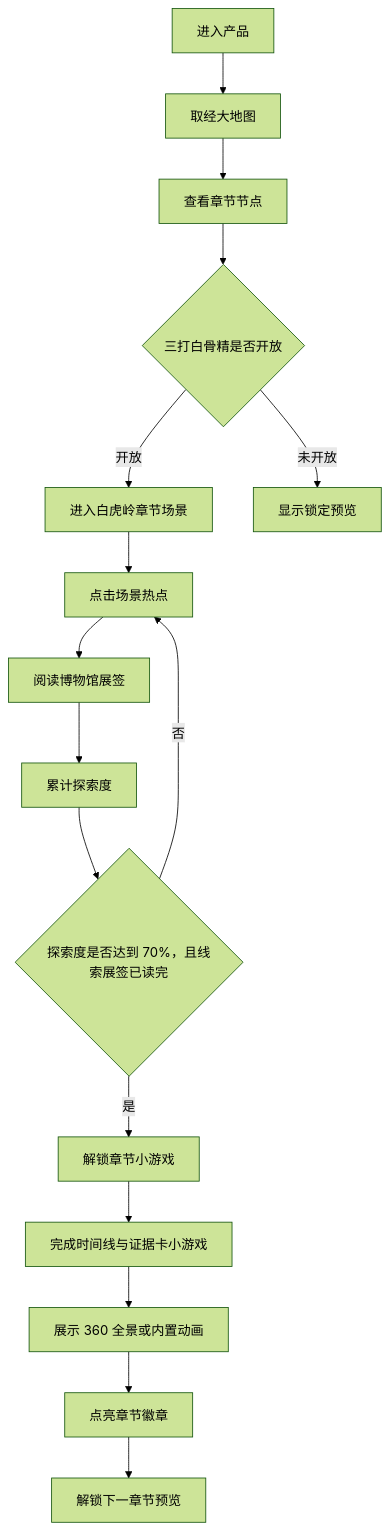
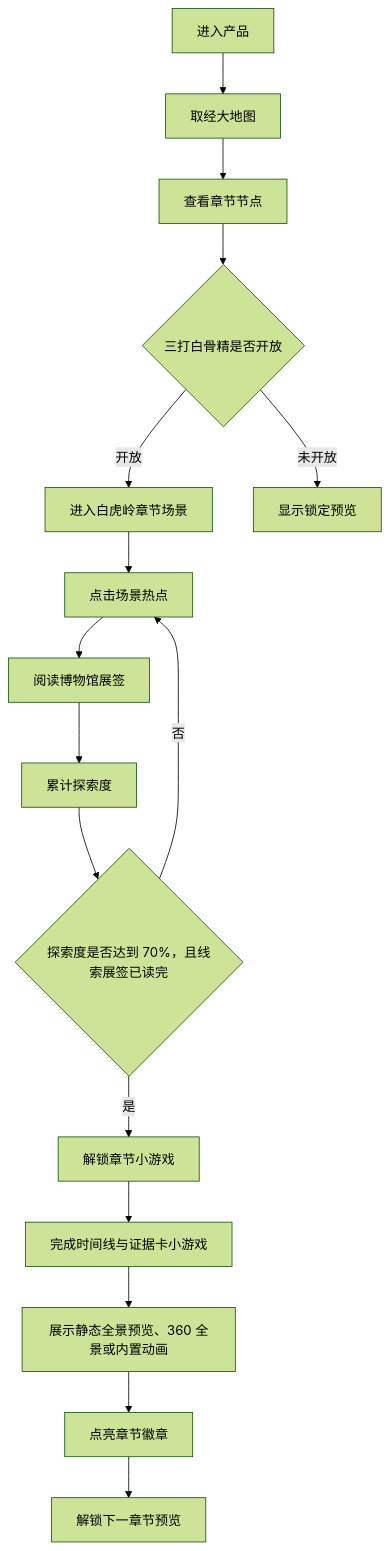
Before and after one commit to powerycy/xiyouji-interactive-museum: the diagram in docs/USER_FLOW.md, drawn with Mermaid (forest theme). The commit also changed other lines of this file and 19 other files, not shown here.

````diff
--- a/docs/USER_FLOW.md
+++ b/docs/USER_FLOW.md
@@ -5,18 +5,18 @@
 ```mermaid
 flowchart TD
   A["进入产品"] --> B["取经大地图"]
   B --> C["查看章节节点"]
   C --> D{"三打白骨精是否开放"}
   D -->|开放| E["进入白虎岭章节场景"]
   D -->|未开放| F["显示锁定预览"]
   E --> G["点击场景热点"]
   G --> H["阅读博物馆展签"]
   H --> I["累计探索度"]
   I --> J{"探索度是否达到 70%，且线索展签已读完"}
   J -->|否| G
   J -->|是| K["解锁章节小游戏"]
   K --> L["完成时间线与证据卡小游戏"]
-  L --> M["展示 360 全景或内置动画"]
+  L --> M["展示静态全景预览、360 全景或内置动画"]
   M --> N["点亮章节徽章"]
   N --> O["解锁下一章节预览"]
 ```
````
